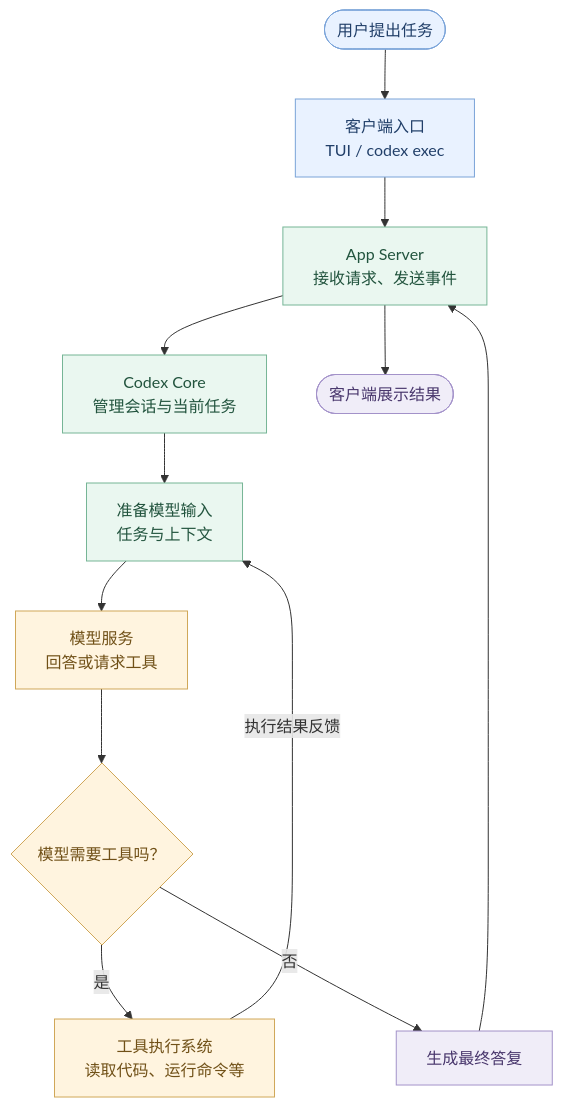
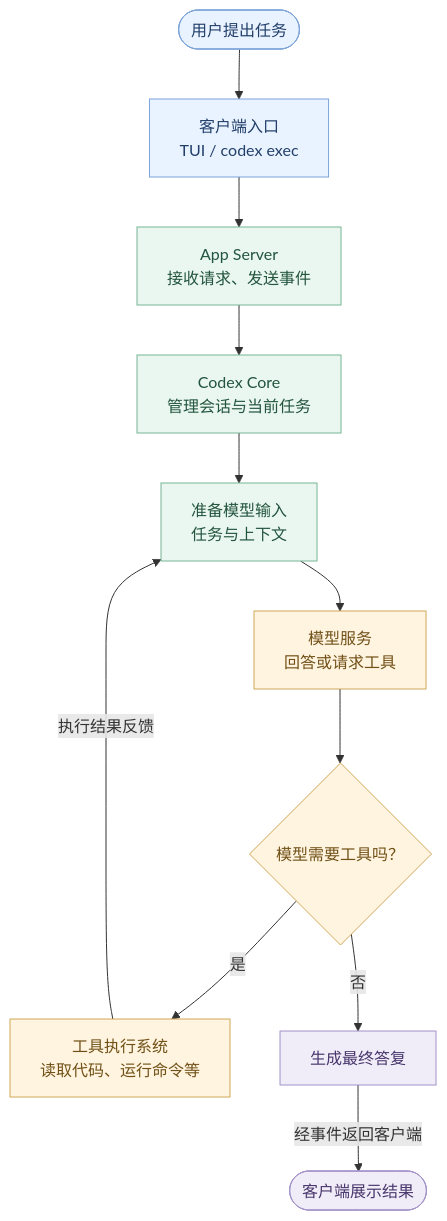
The first of 3 diagrams in docs/01-codex-architecture/README.zh.md (TotoroKingdom/paiguangguang-ai), drawn with Mermaid before and after one commit.

Commit message:
docs(codex): simplify chapter result-flow diagram

````diff
--- a/docs/01-codex-architecture/README.zh.md
+++ b/docs/01-codex-architecture/README.zh.md
@@ -53,29 +53,29 @@
 ```mermaid
 flowchart TD
     USER(["用户提出任务"])
     ENTRY["客户端入口<br/>TUI / codex exec"]
     APP["App Server<br/>接收请求、发送事件"]
     THREAD["Codex Core<br/>管理会话与当前任务"]
     CONTEXT["准备模型输入<br/>任务与上下文"]
     MODEL["模型服务<br/>回答或请求工具"]
     CHECK{"模型需要工具吗？"}
     TOOL["工具执行系统<br/>读取代码、运行命令等"]
     FINISH["生成最终答复"]
     DONE(["客户端展示结果"])
 
     USER --> ENTRY --> APP --> THREAD --> CONTEXT
     CONTEXT --> MODEL --> CHECK
     CHECK -->|是| TOOL
     TOOL -->|执行结果反馈| CONTEXT
-    CHECK -->|否| FINISH --> APP
-    APP --> DONE
+    CHECK -->|否| FINISH
+    FINISH -->|经事件返回客户端| DONE
 
     classDef input fill:#E9F2FF,stroke:#7AA3D8,color:#213F69
     classDef core fill:#EAF7F0,stroke:#76B596,color:#22543E
     classDef action fill:#FFF4DF,stroke:#D0A758,color:#705017
     classDef endnode fill:#F0EDF8,stroke:#A392C9,color:#48366C
     class USER,ENTRY input
     class APP,THREAD,CONTEXT core
     class MODEL,CHECK,TOOL action
     class FINISH,DONE endnode
 ```
````
